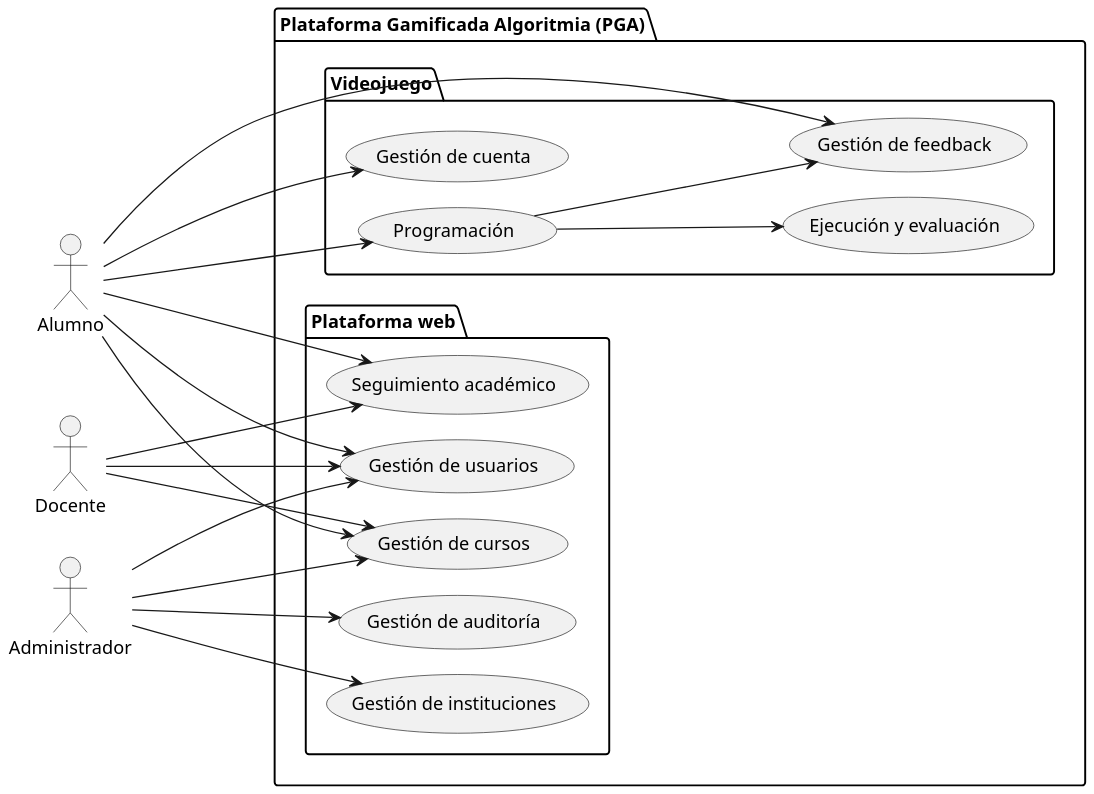
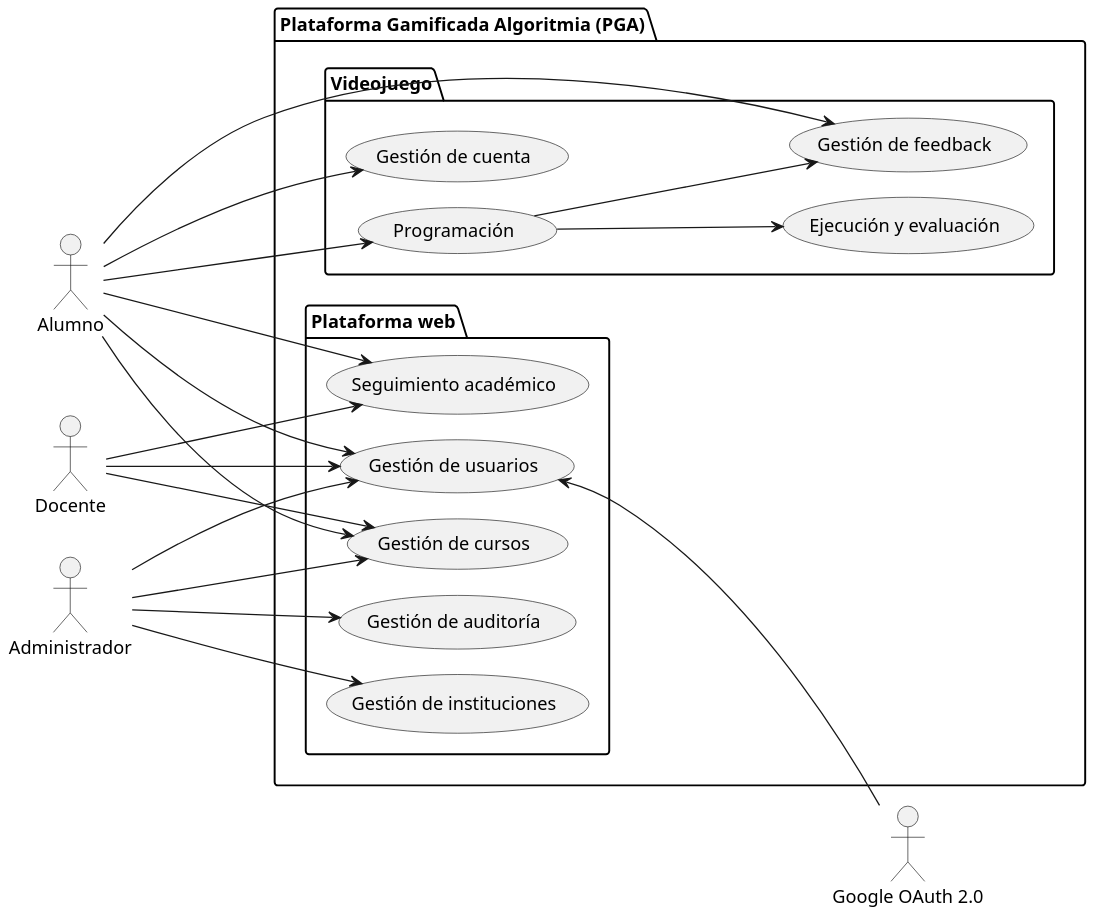
One commit to francoalbornoz2002/ASC-ProyectoAlgoritmia-TrabajoFinal changed the diagram in docs/requisitos/casos-de-uso/diagramas-casos-de-uso/dcu-general-alto-nivel.puml. Above: the diagram before and after it, drawn with PlantUML.

Commit message:
Actualizando DCU General

```diff
--- a/docs/requisitos/casos-de-uso/diagramas-casos-de-uso/dcu-general-alto-nivel.puml
+++ b/docs/requisitos/casos-de-uso/diagramas-casos-de-uso/dcu-general-alto-nivel.puml
@@ -1,53 +1,55 @@
 @startuml DCU_General Alto Nivel
 left to right direction
 
 skinparam dpi 150
 skinparam usecasePadding 25
 skinparam actorPadding 80
 skinparam packagePadding 50
 skinparam wrapWidth 200
 
 skinparam nodesep 20
 skinparam ranksep 150
 
 actor Alumno
 actor Docente
 actor Administrador
-
+actor "Google OAuth 2.0" as GoogleOAuth2
 
 package "Plataforma Gamificada Algoritmia (PGA)"{
     package "Plataforma web"{
         usecase "Gestión de usuarios" as GestionUsuarios
         usecase "Gestión de instituciones" as GestionInstituciones
         usecase "Gestión de cursos" as GestionCursos
         usecase "Seguimiento académico" as SeguimientoAcademico
         usecase "Gestión de auditoría" as GestionAuditoria
     }
 
     package "Videojuego"{
         usecase "Gestión de cuenta" as GestionCuenta
         usecase "Programación" as Programacion
         usecase "Ejecución y evaluación" as EjecucionEvaluacion
         usecase "Gestión de feedback" as GestionFeedback
     }
 
     Alumno --> GestionCuenta
     Alumno --> GestionFeedback
     Alumno --> Programacion
     Programacion --> EjecucionEvaluacion
     Programacion --> GestionFeedback
     Alumno --> GestionUsuarios
     Alumno --> GestionCursos
     Alumno --> SeguimientoAcademico
 
     Administrador --> GestionUsuarios
     Administrador --> GestionInstituciones
     Administrador --> GestionCursos
     Administrador --> GestionAuditoria
 
     Docente --> GestionUsuarios
     Docente --> GestionCursos
     Docente --> SeguimientoAcademico
+
+    GoogleOAuth2 -up-> GestionUsuarios
 }
 
 @enduml
```
